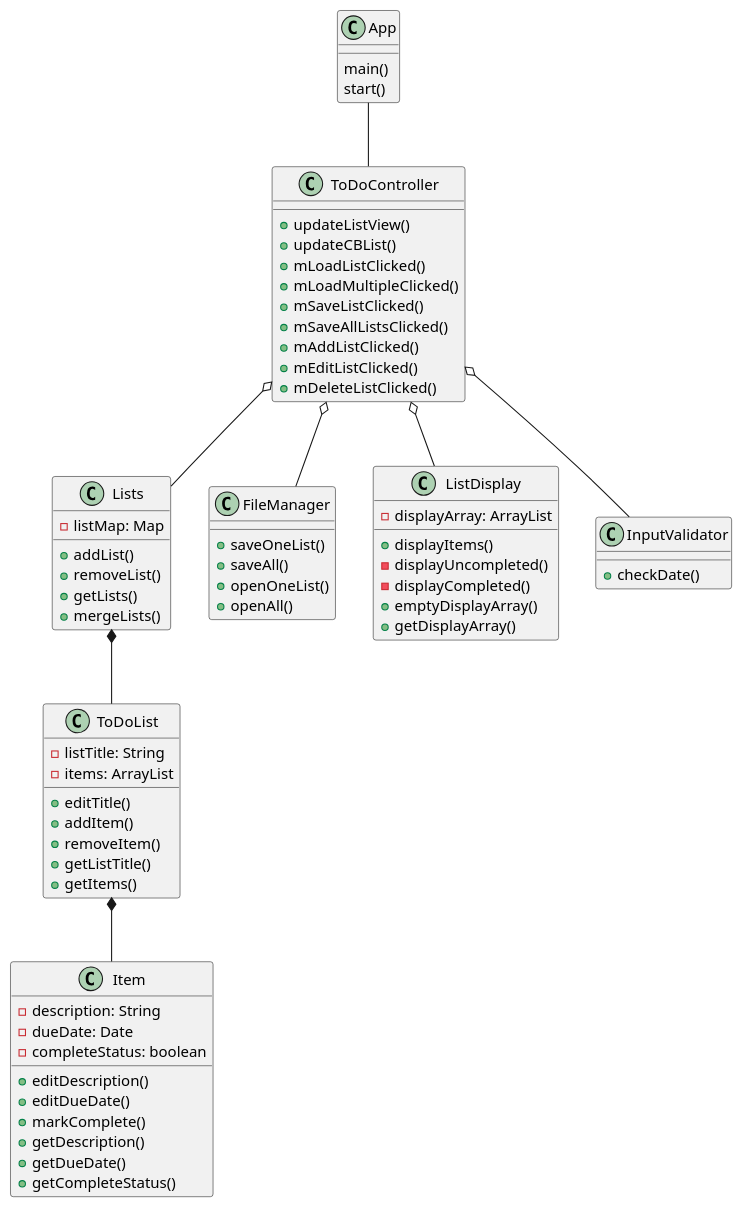
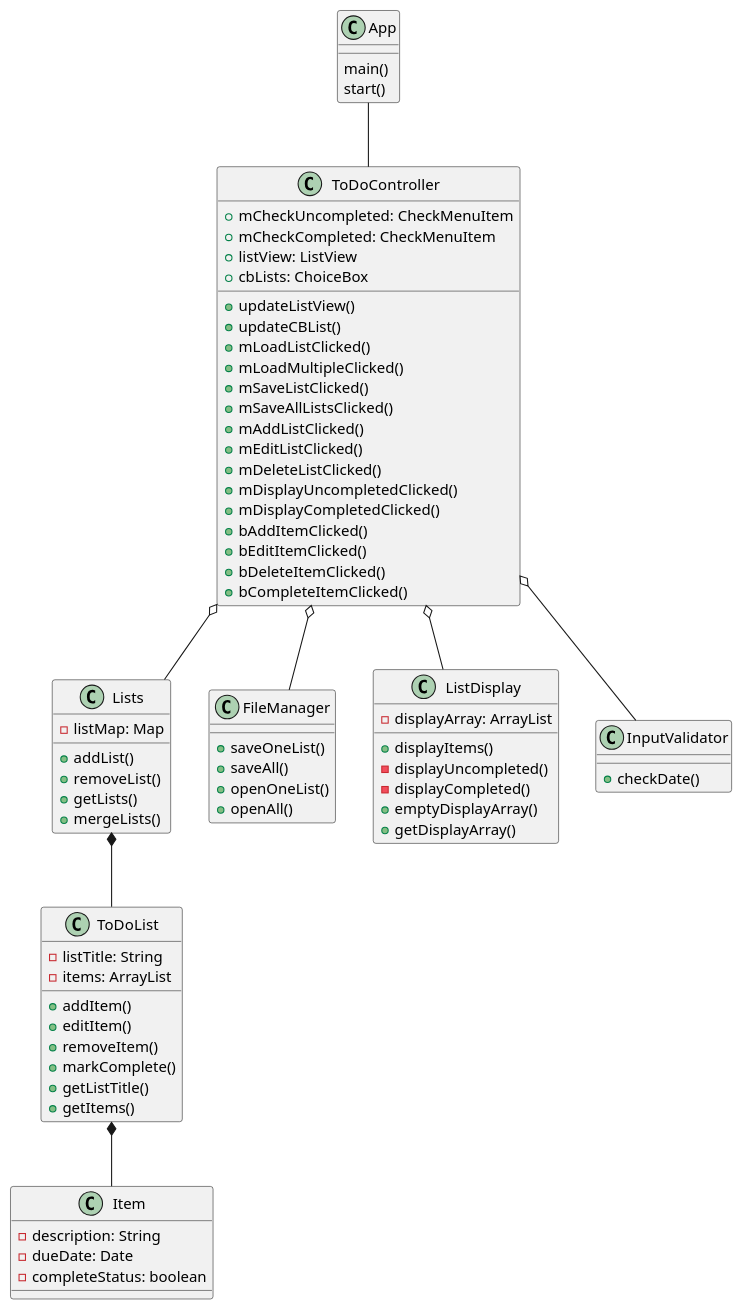
One commit to kingraham228/Ingraham-cop3330-assignment4 changed the diagram in uml/ToDoList.puml. Above: the diagram before and after it, drawn with PlantUML. The commit also changed 6 other files, not shown here.

```diff
--- a/uml/ToDoList.puml
+++ b/uml/ToDoList.puml
@@ -1,80 +1,84 @@
 @startuml
 class Item{
 -description: String
 -dueDate: Date
 -completeStatus: boolean
-+editDescription()
-+editDueDate()
-+markComplete()
-+getDescription()
-+getDueDate()
-+getCompleteStatus()
 }
 
 class ToDoList{
 -listTitle: String
 -items: ArrayList
-+editTitle()
 +addItem()
++editItem()
 +removeItem()
++markComplete()
 +getListTitle()
 +getItems()
 }
 
 class Lists{
 -listMap: Map
 +addList()
 +removeList()
 +getLists()
 +mergeLists()
 }
 
 class FileManager{
 +saveOneList()
 +saveAll()
 +openOneList()
 +openAll()
 }
 
 class ListDisplay{
 -displayArray: ArrayList
 +displayItems()
 -displayUncompleted()
 -displayCompleted()
 +emptyDisplayArray()
 +getDisplayArray()
 }
 
 class ToDoController{
++mCheckUncompleted: CheckMenuItem
++mCheckCompleted: CheckMenuItem
++listView: ListView
++cbLists: ChoiceBox
 +updateListView()
 +updateCBList()
 +mLoadListClicked()
 +mLoadMultipleClicked()
 +mSaveListClicked()
 +mSaveAllListsClicked()
 +mAddListClicked()
 +mEditListClicked()
 +mDeleteListClicked()
-
++mDisplayUncompletedClicked()
++mDisplayCompletedClicked()
++bAddItemClicked()
++bEditItemClicked()
++bDeleteItemClicked()
++bCompleteItemClicked()
 }
 
 class App{
 main()
 start()
 }
 
 class InputValidator{
 +checkDate()
 }
 
 
 
 
 App -- ToDoController
 ToDoController o-- Lists
 ToDoController o-- ListDisplay
 ToDoController o-- FileManager
 ToDoController o-- InputValidator
 Lists *-- ToDoList
 ToDoList *-- Item
 @enduml
```
